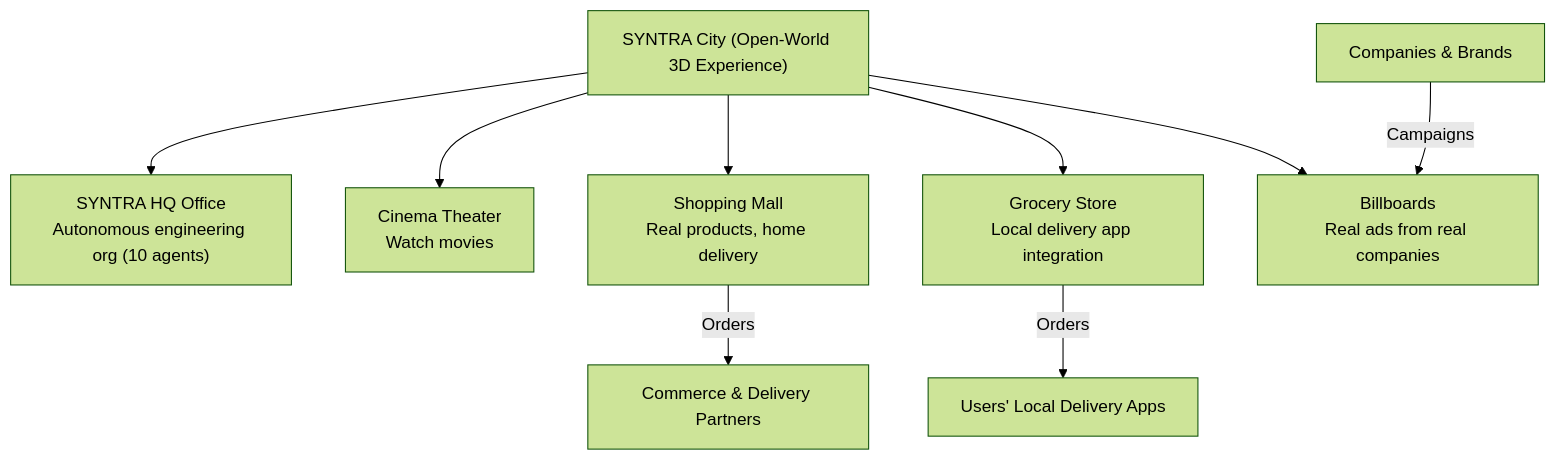
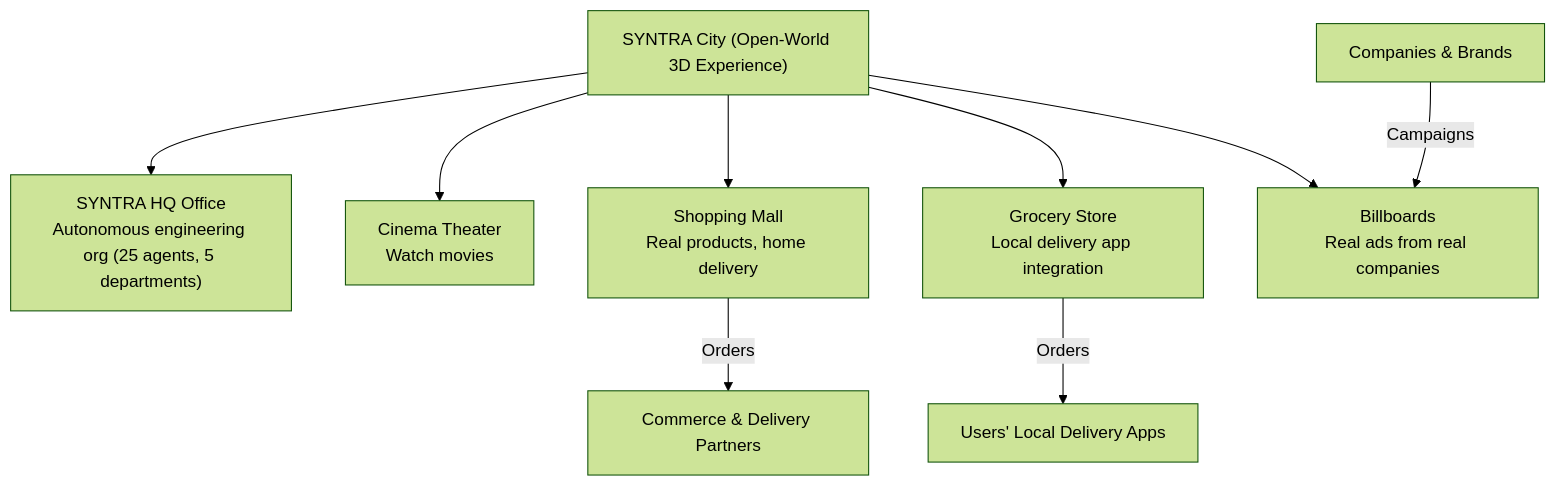
Before and after one commit to thedeepakreddy/SYNTRA: the fourth of 5 diagrams in README.md, drawn with Mermaid (forest theme). The commit also changed other lines of this file, not shown here.

Commit message:
docs(readme): expand to 25 agents across 5 departments

````diff
--- a/README.md
+++ b/README.md
@@ -414,12 +616,12 @@
 ```mermaid
 flowchart TD
     City["SYNTRA City (Open-World 3D Experience)"]
-    City --> Office["SYNTRA HQ Office<br/>Autonomous engineering org (10 agents)"]
+    City --> Office["SYNTRA HQ Office<br/>Autonomous engineering org (25 agents, 5 departments)"]
     City --> Cinema["Cinema Theater<br/>Watch movies"]
     City --> Mall["Shopping Mall<br/>Real products, home delivery"]
     City --> Grocery["Grocery Store<br/>Local delivery app integration"]
     City --> Billboards["Billboards<br/>Real ads from real companies"]
     Advertisers["Companies & Brands"] -->|Campaigns| Billboards
     Mall -->|Orders| Fulfillment["Commerce & Delivery Partners"]
     Grocery -->|Orders| LocalApps["Users' Local Delivery Apps"]
 ```
````
